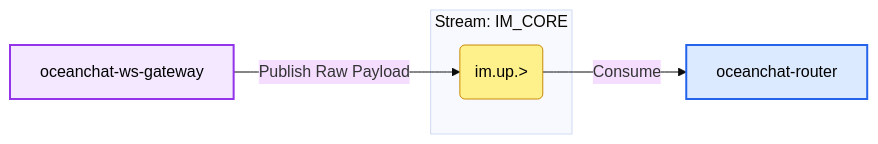
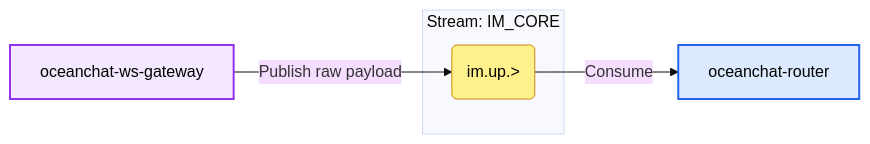
Before and after one commit to JamesWilson19970101/ocean.chat.docs: the second of 13 diagrams in docs/devdocs/jetstream-strategy.md, drawn with Mermaid (base theme). The commit also changed other lines of this file and 1 other file, not shown here.

````diff
--- a/docs/devdocs/jetstream-strategy.md
+++ b/docs/devdocs/jetstream-strategy.md
@@ -76,14 +88,14 @@
 ```mermaid
 flowchart LR
   classDef gateway fill:#f3e8ff,stroke:#9333ea,stroke-width:2px,color:#000;
   classDef service fill:#dbeafe,stroke:#2563eb,stroke-width:2px,color:#000;
   classDef subject fill:#fef08a,stroke:#ca8a04,stroke-width:1px,color:#000;
   P[oceanchat-ws-gateway]:::gateway
   C[oceanchat-router]:::service
   subgraph Stream: IM_CORE
     SUB(im.up.>):::subject
   end
 
-  P -- Publish Raw Payload --> SUB
+  P -- Publish raw payload --> SUB
   SUB -- Consume --> C
 ```
````
